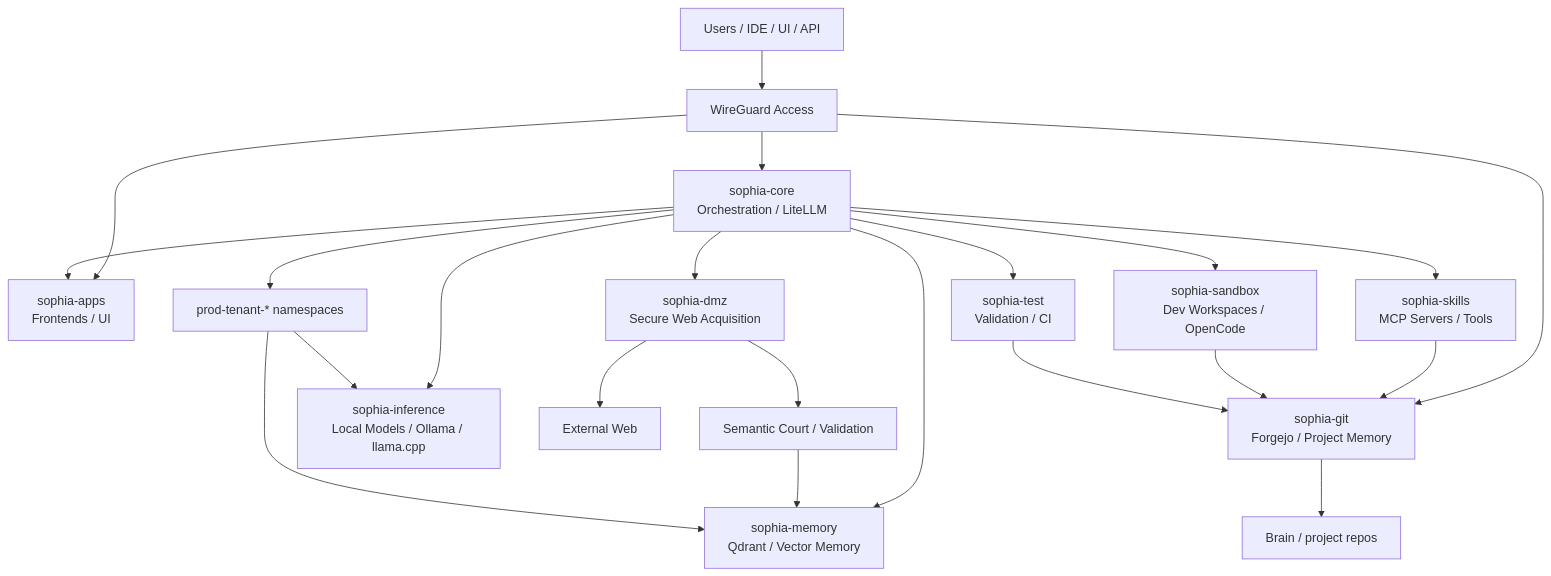
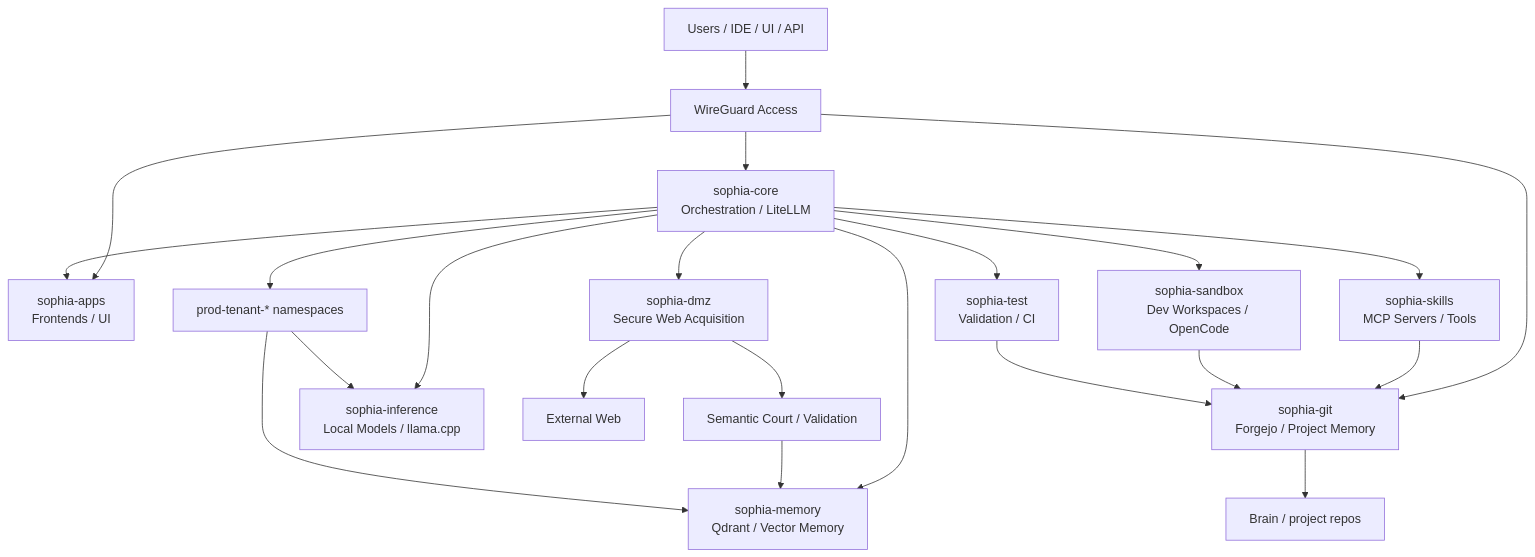
One commit to Kisai-DG-SLU/sophia-platform changed the diagram in README.en.md. Above: the diagram before and after it, drawn with Mermaid. The commit also changed other lines of this file and 7 other files, not shown here.

Commit message:
docs: llama.cpp au lieu d'Ollama, pile à jour (Keycloak, RabbitMQ, Temporal, MCP), isolation et chiffrement requalifiés en place / cible (FR + EN)

````diff
--- a/README.en.md
+++ b/README.en.md
@@ -65,33 +68,33 @@
 ```mermaid
 flowchart TB
     U[Users / IDE / UI / API]
     WG[WireGuard Access]
     U --> WG
 
     WG --> APPS[sophia-apps\nFrontends / UI]
     WG --> CORE[sophia-core\nOrchestration / LiteLLM]
     WG --> GIT[sophia-git\nForgejo / Project Memory]
 
-    CORE --> INFER[sophia-inference\nLocal Models / Ollama / llama.cpp]
+    CORE --> INFER[sophia-inference\nLocal Models / llama.cpp]
     CORE --> MEM[sophia-memory\nQdrant / Vector Memory]
     CORE --> SKILLS[sophia-skills\nMCP Servers / Tools]
     CORE --> DMZ[sophia-dmz\nSecure Web Acquisition]
     CORE --> SANDBOX[sophia-sandbox\nDev Workspaces / OpenCode]
     CORE --> TEST[sophia-test\nValidation / CI]
     CORE --> APPS
 
     SKILLS --> GIT
     SANDBOX --> GIT
     TEST --> GIT
 
     DMZ --> WEB[External Web]
     DMZ --> COURT[Semantic Court / Validation]
     COURT --> MEM
 
     GIT --> BRAIN[Brain / project repos]
 
     PROD[prod-tenant-* namespaces]
     CORE --> PROD
     PROD --> MEM
     PROD --> INFER
 ```
````
